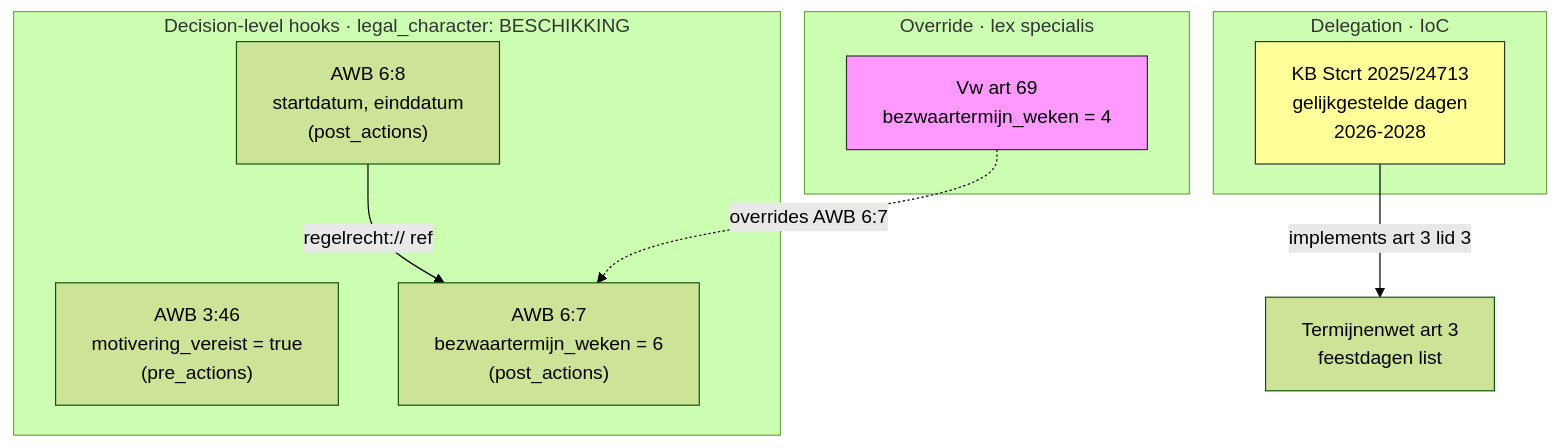
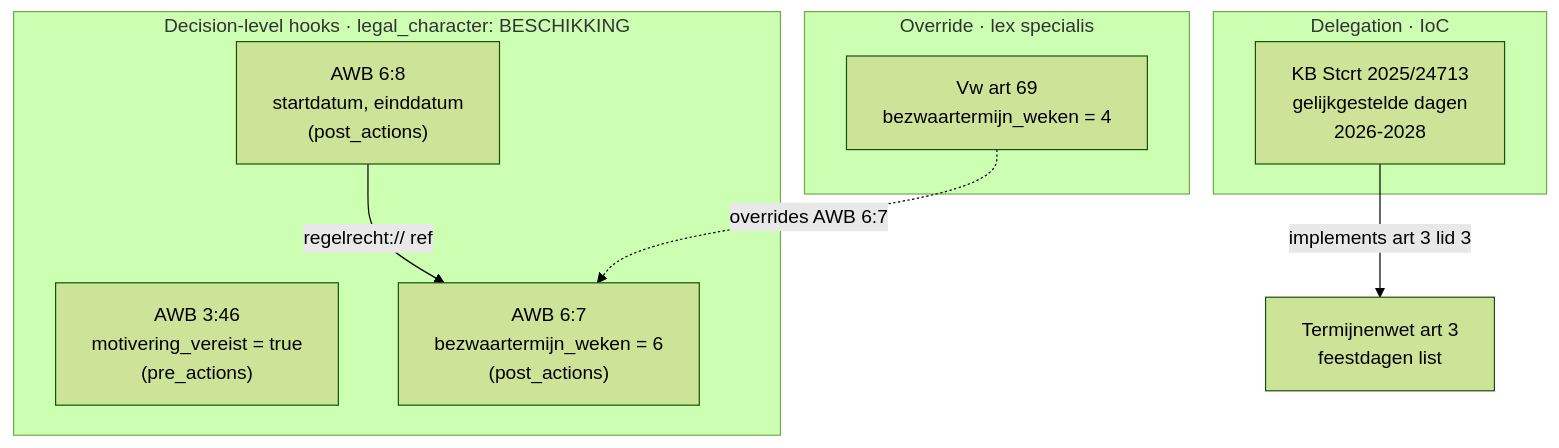
Before and after one commit to MinBZK/regelrecht: the third of 4 diagrams in docs/src/content/rfcs/rfc-007.md, drawn with Mermaid (forest theme). The commit also changed other lines of this file and 5 other files, not shown here.

First line of the commit message:
feat(docs): mermaid-diagrammen in NLDD-stijl met dark/light-mode

````diff
--- a/docs/src/content/rfcs/rfc-007.md
+++ b/docs/src/content/rfcs/rfc-007.md
@@ -265,23 +261,21 @@
 ```mermaid
 graph TB
     subgraph "Decision-level hooks · legal_character: BESCHIKKING"
         H1["AWB 3:46\nmotivering_vereist = true\n(pre_actions)"]
         H2["AWB 6:7\nbezwaartermijn_weken = 6\n(post_actions)"]
         H3["AWB 6:8\nstartdatum, einddatum\n(post_actions)"]
     end
 
     subgraph "Override · lex specialis"
         O1["Vw art 69\nbezwaartermijn_weken = 4"]
     end
 
     subgraph "Delegation · IoC"
         D1["KB Stcrt 2025/24713\ngelijkgestelde dagen\n2026-2028"]
     end
 
     H3 -->|"regelrecht:// ref"| H2
     O1 -.->|"overrides AWB 6:7"| H2
     D1 -->|"implements art 3 lid 3"| T3["Termijnenwet art 3\nfeestdagen list"]
 
-    style O1 fill:#f9f,stroke:#333
-    style D1 fill:#ff9,stroke:#333
 ```
````
